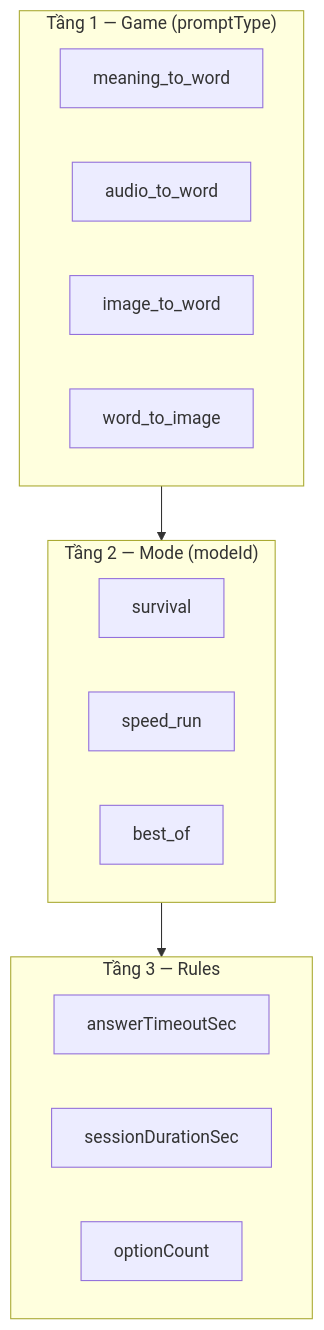
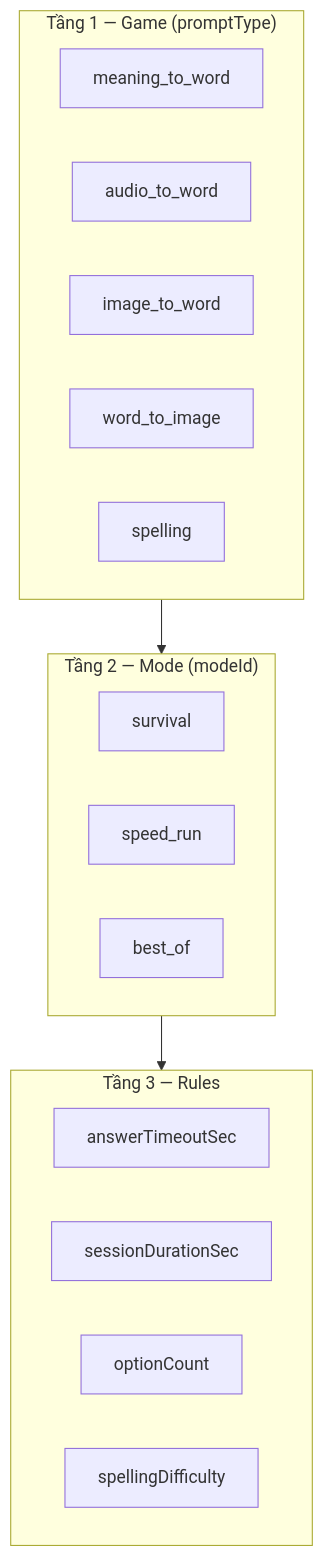
The first of 4 diagrams in docs/GAMES_HUB_UX_ARCHITECTURE_SPEC.md (minhsong/ebest-crm-student), drawn with Mermaid before and after one commit. The commit also changed other lines of this file and 43 other files, not shown here.

````diff
--- a/docs/GAMES_HUB_UX_ARCHITECTURE_SPEC.md
+++ b/docs/GAMES_HUB_UX_ARCHITECTURE_SPEC.md
@@ -30,21 +30,23 @@
 ```mermaid
 flowchart TB
   subgraph Catalog["Tầng 1 — Game (promptType)"]
     G1[meaning_to_word]
     G2[audio_to_word]
     G3[image_to_word]
     G4[word_to_image]
+    G5[spelling]
   end
   subgraph Mode["Tầng 2 — Mode (modeId)"]
     M1[survival]
     M2[speed_run]
     M3[best_of]
   end
   subgraph Rules["Tầng 3 — Rules"]
     R1[answerTimeoutSec]
     R2[sessionDurationSec]
     R3[optionCount]
+    R4[spellingDifficulty]
   end
   Catalog --> Mode
   Mode --> Rules
 ```
````
